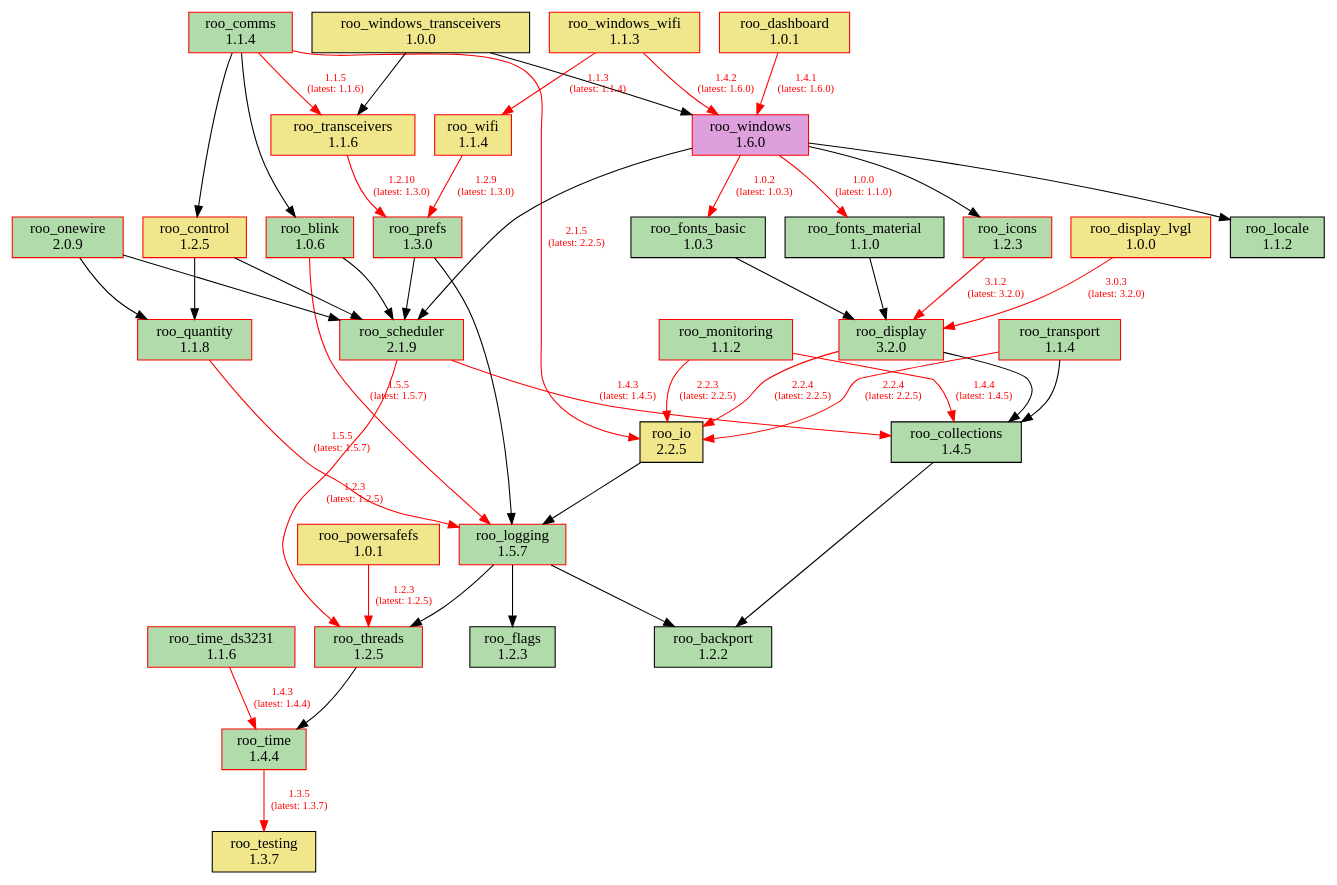
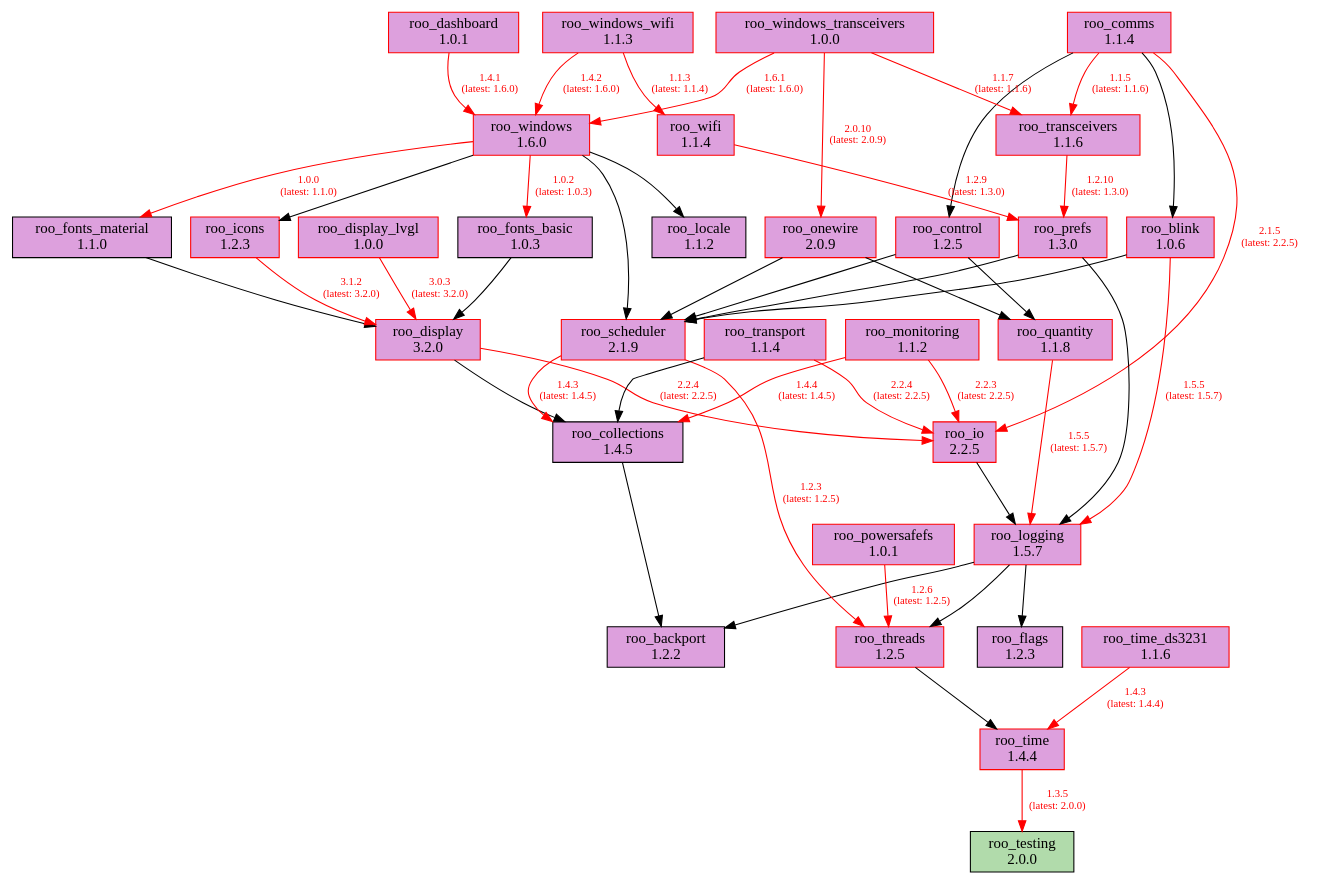
One commit to dejwk/roo-registry changed the diagram in doc/dependencies.dot. Above: the diagram before and after it, drawn with Graphviz. The commit also changed 1 other file, not shown here.

```diff
--- a/doc/dependencies.dot
+++ b/doc/dependencies.dot
@@ -1,86 +1,87 @@
 digraph dependencies {
     rankdir=TB;
     node [shape=box, style=filled];
     edge [fontsize=10];
 
     // Modules
-    "roo_backport" [label="roo_backport\n1.2.2", fillcolor="#b1dbab", color="black"];
-    "roo_blink" [label="roo_blink\n1.0.6", fillcolor="#b1dbab", color="red"];
-    "roo_collections" [label="roo_collections\n1.4.5", fillcolor="#b1dbab", color="black"];
-    "roo_comms" [label="roo_comms\n1.1.4", fillcolor="#b1dbab", color="red"];
-    "roo_control" [label="roo_control\n1.2.5", fillcolor="khaki", color="red"];
-    "roo_dashboard" [label="roo_dashboard\n1.0.1", fillcolor="khaki", color="red"];
-    "roo_display" [label="roo_display\n3.2.0", fillcolor="#b1dbab", color="red"];
-    "roo_display_lvgl" [label="roo_display_lvgl\n1.0.0", fillcolor="khaki", color="red"];
-    "roo_flags" [label="roo_flags\n1.2.3", fillcolor="#b1dbab", color="black"];
-    "roo_fonts_basic" [label="roo_fonts_basic\n1.0.3", fillcolor="#b1dbab", color="black"];
-    "roo_fonts_material" [label="roo_fonts_material\n1.1.0", fillcolor="#b1dbab", color="black"];
-    "roo_icons" [label="roo_icons\n1.2.3", fillcolor="#b1dbab", color="red"];
-    "roo_io" [label="roo_io\n2.2.5", fillcolor="khaki", color="black"];
-    "roo_locale" [label="roo_locale\n1.1.2", fillcolor="#b1dbab", color="black"];
-    "roo_logging" [label="roo_logging\n1.5.7", fillcolor="#b1dbab", color="red"];
-    "roo_monitoring" [label="roo_monitoring\n1.1.2", fillcolor="#b1dbab", color="red"];
-    "roo_onewire" [label="roo_onewire\n2.0.9", fillcolor="#b1dbab", color="red"];
-    "roo_powersafefs" [label="roo_powersafefs\n1.0.1", fillcolor="khaki", color="red"];
-    "roo_prefs" [label="roo_prefs\n1.3.0", fillcolor="#b1dbab", color="red"];
-    "roo_quantity" [label="roo_quantity\n1.1.8", fillcolor="#b1dbab", color="red"];
-    "roo_scheduler" [label="roo_scheduler\n2.1.9", fillcolor="#b1dbab", color="red"];
-    "roo_testing" [label="roo_testing\n1.3.7", fillcolor="khaki", color="black"];
-    "roo_threads" [label="roo_threads\n1.2.5", fillcolor="#b1dbab", color="red"];
-    "roo_time" [label="roo_time\n1.4.4", fillcolor="#b1dbab", color="red"];
-    "roo_time_ds3231" [label="roo_time_ds3231\n1.1.6", fillcolor="#b1dbab", color="red"];
-    "roo_transceivers" [label="roo_transceivers\n1.1.6", fillcolor="khaki", color="red"];
-    "roo_transport" [label="roo_transport\n1.1.4", fillcolor="#b1dbab", color="red"];
-    "roo_wifi" [label="roo_wifi\n1.1.4", fillcolor="khaki", color="red"];
+    "roo_backport" [label="roo_backport\n1.2.2", fillcolor="plum", color="black"];
+    "roo_blink" [label="roo_blink\n1.0.6", fillcolor="plum", color="red"];
+    "roo_collections" [label="roo_collections\n1.4.5", fillcolor="plum", color="black"];
+    "roo_comms" [label="roo_comms\n1.1.4", fillcolor="plum", color="red"];
+    "roo_control" [label="roo_control\n1.2.5", fillcolor="plum", color="red"];
+    "roo_dashboard" [label="roo_dashboard\n1.0.1", fillcolor="plum", color="red"];
+    "roo_display" [label="roo_display\n3.2.0", fillcolor="plum", color="red"];
+    "roo_display_lvgl" [label="roo_display_lvgl\n1.0.0", fillcolor="plum", color="red"];
+    "roo_flags" [label="roo_flags\n1.2.3", fillcolor="plum", color="black"];
+    "roo_fonts_basic" [label="roo_fonts_basic\n1.0.3", fillcolor="plum", color="black"];
+    "roo_fonts_material" [label="roo_fonts_material\n1.1.0", fillcolor="plum", color="black"];
+    "roo_icons" [label="roo_icons\n1.2.3", fillcolor="plum", color="red"];
+    "roo_io" [label="roo_io\n2.2.5", fillcolor="plum", color="red"];
+    "roo_locale" [label="roo_locale\n1.1.2", fillcolor="plum", color="black"];
+    "roo_logging" [label="roo_logging\n1.5.7", fillcolor="plum", color="red"];
+    "roo_monitoring" [label="roo_monitoring\n1.1.2", fillcolor="plum", color="red"];
+    "roo_onewire" [label="roo_onewire\n2.0.9", fillcolor="plum", color="red"];
+    "roo_powersafefs" [label="roo_powersafefs\n1.0.1", fillcolor="plum", color="red"];
+    "roo_prefs" [label="roo_prefs\n1.3.0", fillcolor="plum", color="red"];
+    "roo_quantity" [label="roo_quantity\n1.1.8", fillcolor="plum", color="red"];
+    "roo_scheduler" [label="roo_scheduler\n2.1.9", fillcolor="plum", color="red"];
+    "roo_testing" [label="roo_testing\n2.0.0", fillcolor="#b1dbab", color="black"];
+    "roo_threads" [label="roo_threads\n1.2.5", fillcolor="plum", color="red"];
+    "roo_time" [label="roo_time\n1.4.4", fillcolor="plum", color="red"];
+    "roo_time_ds3231" [label="roo_time_ds3231\n1.1.6", fillcolor="plum", color="red"];
+    "roo_transceivers" [label="roo_transceivers\n1.1.6", fillcolor="plum", color="red"];
+    "roo_transport" [label="roo_transport\n1.1.4", fillcolor="plum", color="red"];
+    "roo_wifi" [label="roo_wifi\n1.1.4", fillcolor="plum", color="red"];
     "roo_windows" [label="roo_windows\n1.6.0", fillcolor="plum", color="red"];
-    "roo_windows_transceivers" [label="roo_windows_transceivers\n1.0.0", fillcolor="khaki", color="black"];
-    "roo_windows_wifi" [label="roo_windows_wifi\n1.1.3", fillcolor="khaki", color="red"];
+    "roo_windows_transceivers" [label="roo_windows_transceivers\n1.0.0", fillcolor="plum", color="red"];
+    "roo_windows_wifi" [label="roo_windows_wifi\n1.1.3", fillcolor="plum", color="red"];
 
     // Dependencies
     "roo_blink" -> "roo_logging" [color=red, fontcolor=red, label="1.5.5\n(latest: 1.5.7)"];
     "roo_blink" -> "roo_scheduler";
     "roo_collections" -> "roo_backport";
     "roo_comms" -> "roo_blink";
     "roo_comms" -> "roo_control";
     "roo_comms" -> "roo_io" [color=red, fontcolor=red, label="2.1.5\n(latest: 2.2.5)"];
     "roo_comms" -> "roo_transceivers" [color=red, fontcolor=red, label="1.1.5\n(latest: 1.1.6)"];
     "roo_control" -> "roo_quantity";
     "roo_control" -> "roo_scheduler";
     "roo_dashboard" -> "roo_windows" [color=red, fontcolor=red, label="1.4.1\n(latest: 1.6.0)"];
     "roo_display" -> "roo_collections";
     "roo_display" -> "roo_io" [color=red, fontcolor=red, label="2.2.4\n(latest: 2.2.5)"];
     "roo_display_lvgl" -> "roo_display" [color=red, fontcolor=red, label="3.0.3\n(latest: 3.2.0)"];
     "roo_fonts_basic" -> "roo_display";
     "roo_fonts_material" -> "roo_display";
     "roo_icons" -> "roo_display" [color=red, fontcolor=red, label="3.1.2\n(latest: 3.2.0)"];
     "roo_io" -> "roo_logging";
     "roo_logging" -> "roo_backport";
     "roo_logging" -> "roo_flags";
     "roo_logging" -> "roo_threads";
     "roo_monitoring" -> "roo_collections" [color=red, fontcolor=red, label="1.4.4\n(latest: 1.4.5)"];
     "roo_monitoring" -> "roo_io" [color=red, fontcolor=red, label="2.2.3\n(latest: 2.2.5)"];
     "roo_onewire" -> "roo_scheduler";
     "roo_onewire" -> "roo_quantity";
-    "roo_powersafefs" -> "roo_threads" [color=red, fontcolor=red, label="1.2.3\n(latest: 1.2.5)"];
+    "roo_powersafefs" -> "roo_threads" [color=red, fontcolor=red, label="1.2.6\n(latest: 1.2.5)"];
     "roo_prefs" -> "roo_logging";
     "roo_prefs" -> "roo_scheduler";
     "roo_quantity" -> "roo_logging" [color=red, fontcolor=red, label="1.5.5\n(latest: 1.5.7)"];
     "roo_scheduler" -> "roo_collections" [color=red, fontcolor=red, label="1.4.3\n(latest: 1.4.5)"];
     "roo_scheduler" -> "roo_threads" [color=red, fontcolor=red, label="1.2.3\n(latest: 1.2.5)"];
     "roo_threads" -> "roo_time";
-    "roo_time" -> "roo_testing" [color=red, fontcolor=red, label="1.3.5\n(latest: 1.3.7)"];
+    "roo_time" -> "roo_testing" [color=red, fontcolor=red, label="1.3.5\n(latest: 2.0.0)"];
     "roo_time_ds3231" -> "roo_time" [color=red, fontcolor=red, label="1.4.3\n(latest: 1.4.4)"];
     "roo_transceivers" -> "roo_prefs" [color=red, fontcolor=red, label="1.2.10\n(latest: 1.3.0)"];
     "roo_transport" -> "roo_collections";
     "roo_transport" -> "roo_io" [color=red, fontcolor=red, label="2.2.4\n(latest: 2.2.5)"];
     "roo_wifi" -> "roo_prefs" [color=red, fontcolor=red, label="1.2.9\n(latest: 1.3.0)"];
     "roo_windows" -> "roo_fonts_basic" [color=red, fontcolor=red, label="1.0.2\n(latest: 1.0.3)"];
     "roo_windows" -> "roo_fonts_material" [color=red, fontcolor=red, label="1.0.0\n(latest: 1.1.0)"];
     "roo_windows" -> "roo_locale";
     "roo_windows" -> "roo_icons";
     "roo_windows" -> "roo_scheduler";
-    "roo_windows_transceivers" -> "roo_transceivers";
-    "roo_windows_transceivers" -> "roo_windows";
+    "roo_windows_transceivers" -> "roo_onewire" [color=red, fontcolor=red, label="2.0.10\n(latest: 2.0.9)"];
+    "roo_windows_transceivers" -> "roo_transceivers" [color=red, fontcolor=red, label="1.1.7\n(latest: 1.1.6)"];
+    "roo_windows_transceivers" -> "roo_windows" [color=red, fontcolor=red, label="1.6.1\n(latest: 1.6.0)"];
     "roo_windows_wifi" -> "roo_wifi" [color=red, fontcolor=red, label="1.1.3\n(latest: 1.1.4)"];
     "roo_windows_wifi" -> "roo_windows" [color=red, fontcolor=red, label="1.4.2\n(latest: 1.6.0)"];
 }
```
